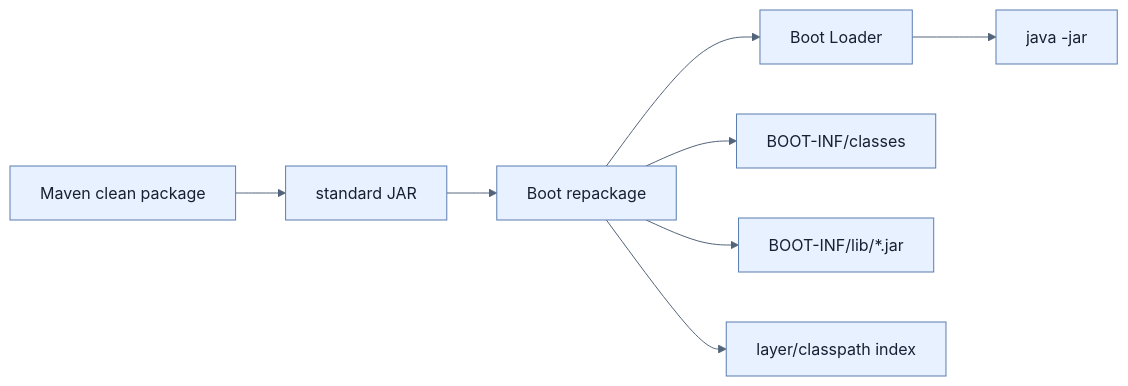
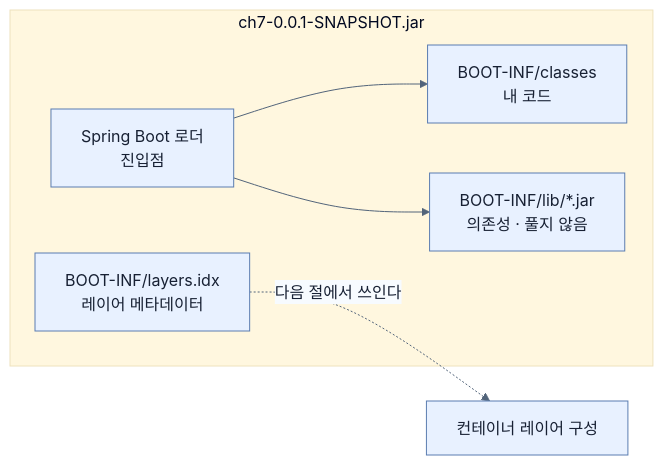
One commit to sing-u8/Learning_Spring_Boot_4 changed the second of 2 diagrams in spring-boot-4-pdf-notes/part-3-releasing-an-application-with-spring-boot/chapter-7-releasing-an-application-with-spring-boot/01-creating-an-uber-jar.md. Above: the diagram before and after it, drawn with Mermaid. The commit also changed other lines of this file and 253 other files, not shown here.

````diff
--- a/spring-boot-4-pdf-notes/part-3-releasing-an-application-with-spring-boot/chapter-7-releasing-an-application-with-spring-boot/01-creating-an-uber-jar.md
+++ b/spring-boot-4-pdf-notes/part-3-releasing-an-application-with-spring-boot/chapter-7-releasing-an-application-with-spring-boot/01-creating-an-uber-jar.md
@@ -28,11 +184,13 @@
 ```mermaid
 %%{init: {'theme': 'base', 'themeVariables': {'background': '#ffffff', 'primaryColor': '#e8f1ff', 'primaryTextColor': '#172033', 'primaryBorderColor': '#5b7db1', 'lineColor': '#52647a', 'secondaryColor': '#f7fbff', 'tertiaryColor': '#fff7df'}}}%%
 flowchart LR
-    M[Maven clean package] --> O[standard JAR]
-    O --> P[Boot repackage]
-    P --> L[Boot Loader]
-    P --> C[BOOT-INF/classes]
-    P --> D[BOOT-INF/lib/*.jar]
-    P --> X[layer/classpath index]
-    L --> R[java -jar]
+    subgraph J["ch7-0.0.1-SNAPSHOT.jar"]
+        L["Spring Boot 로더<br/>진입점"]
+        C["BOOT-INF/classes<br/>내 코드"]
+        D["BOOT-INF/lib/*.jar<br/>의존성 · 풀지 않음"]
+        M["BOOT-INF/layers.idx<br/>레이어 메타데이터"]
+    end
+    L --> C
+    L --> D
+    M -.->|"다음 절에서 쓰인다"| N["컨테이너 레이어 구성"]
 ```
````
